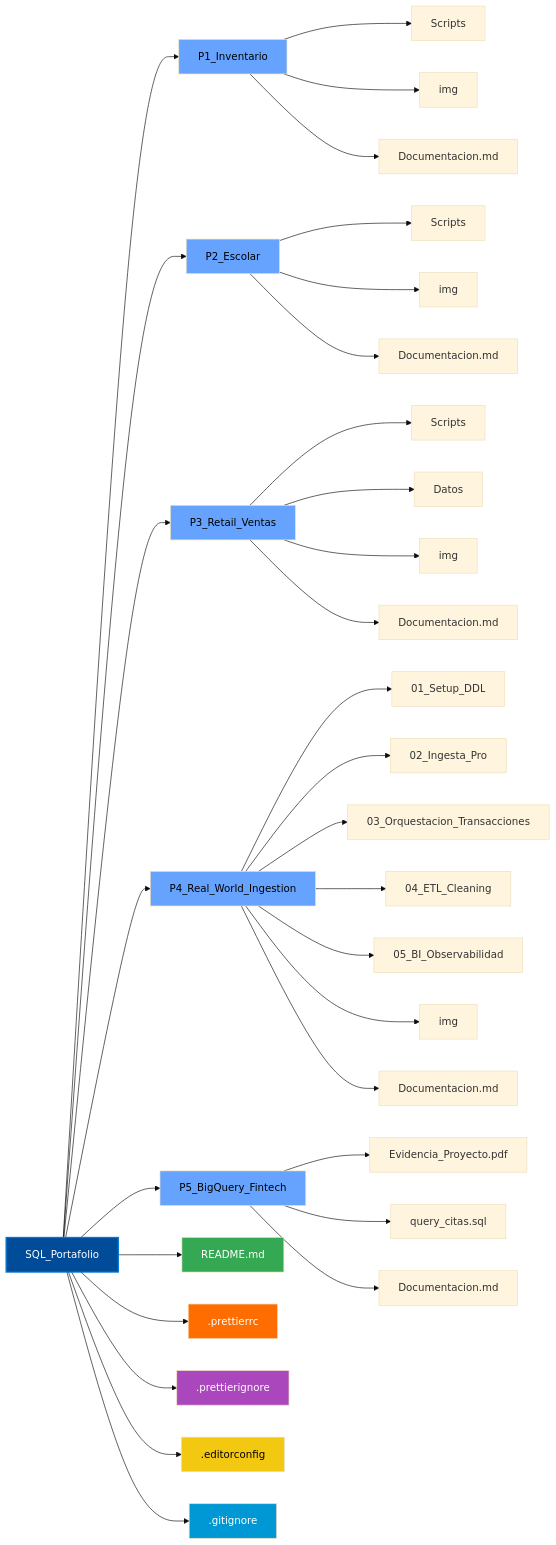
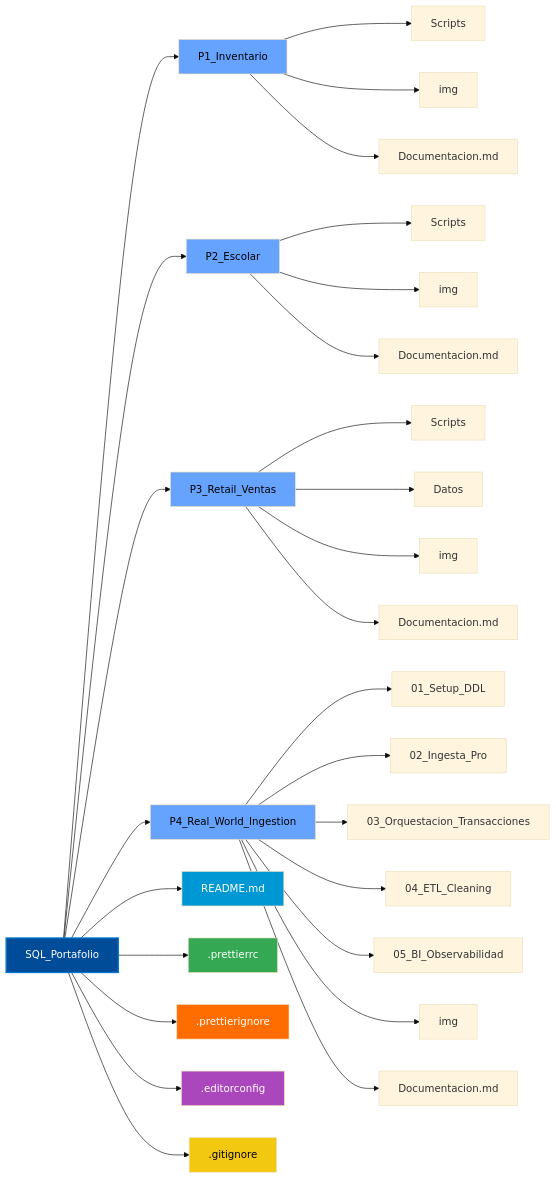
Before and after one commit to dzib/Portafolio-Alberto: the second of 2 diagrams in README.md, drawn with Mermaid (base theme).

Commit message:
refactor: actualiza diagrama en README eliminando referencias obsoletas y ajustando estilos

```````diff
--- a/README.md
+++ b/README.md
@@ -153,58 +153,52 @@
 ``````mermaid
 graph LR
     A[SQL_Portafolio]
 
     A --> B[P1_Inventario]
     A --> C[P2_Escolar]
     A --> D[P3_Retail_Ventas]
     A --> E[P4_Real_World_Ingestion]
-    A --> F[P5_BigQuery_Fintech]
 
     B --> B1[Scripts]
     B --> B2[img]
     B --> B3[Documentacion.md]
 
     C --> C1[Scripts]
     C --> C2[img]
     C --> C3[Documentacion.md]
 
     D --> D1[Scripts]
     D --> D2[Datos]
     D --> D3[img]
     D --> D4[Documentacion.md]
 
     E --> E1[01_Setup_DDL]
     E --> E2[02_Ingesta_Pro]
     E --> E3[03_Orquestacion_Transacciones]
     E --> E4[04_ETL_Cleaning]
     E --> E5[05_BI_Observabilidad]
     E --> E6[img]
     E --> E7[Documentacion.md]
 
-	F --> F1[Evidencia_Proyecto.pdf]
-	F --> F2[query_citas.sql]
-    F --> F3[Documentacion.md]
-
-    A --> G[README.md]
-    A --> H[.prettierrc]
-    A --> I[.prettierignore]
-    A --> J[.editorconfig]
-    A --> K[.gitignore]
+    A --> F[README.md]
+    A --> G[.prettierrc]
+    A --> H[.prettierignore]
+    A --> I[.editorconfig]
+    A --> J[.gitignore]
 
     %% Estilos ejecutivos
     style A fill:#004C99,color:#fff,stroke:#0078D4,stroke-width:2px
 
     %% Degradado por proyectos
     style B fill:#66A3FF,color:#000
     style C fill:#66A3FF,color:#000
     style D fill:#66A3FF,color:#000
     style E fill:#66A3FF,color:#000
-	style F fill:#66A3FF,color:#000
 
     %% Archivos clave
-    style K fill:#0098D4,color:#fff
+    style F fill:#0098D4,color:#fff
     style G fill:#34A853,color:#fff
     style H fill:#FF6D00,color:#fff
     style I fill:#AB47BC,color:#fff
     style J fill:#F2C811,color:#000
 ``````
```````
